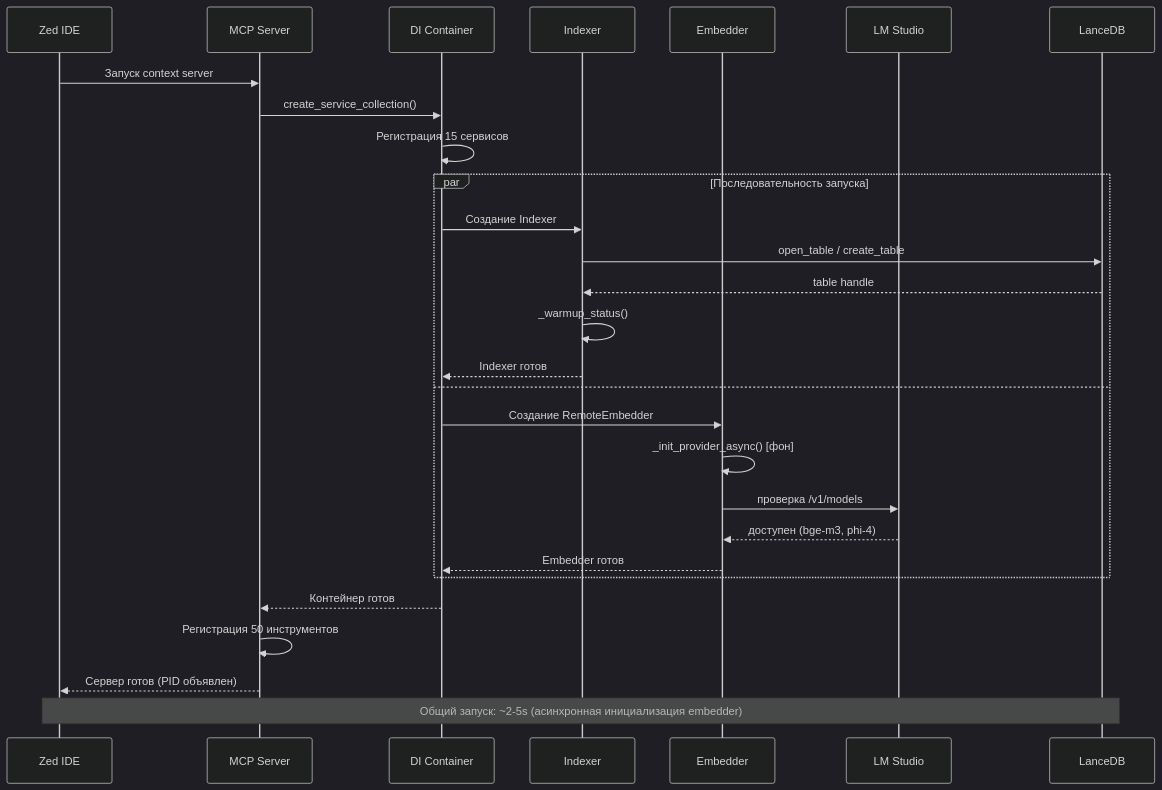
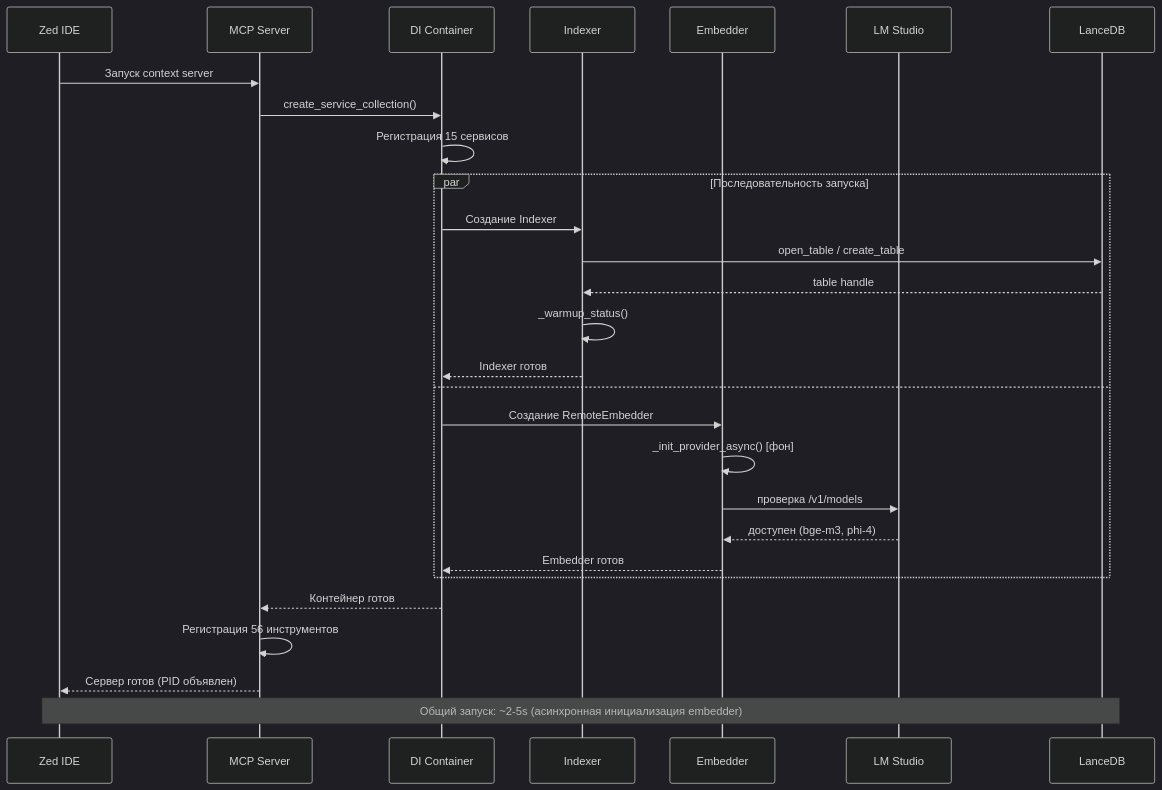
Before and after one commit to ManSio/mscodebase-intelligence: the fifth of 8 diagrams in docs/ru/ARCHITECTURE_DEEP.md, drawn with Mermaid (dark theme). The commit also changed 12 other files, not shown here.

````diff
--- a/docs/ru/ARCHITECTURE_DEEP.md
+++ b/docs/ru/ARCHITECTURE_DEEP.md
@@ -165,34 +165,34 @@
 ```mermaid
 sequenceDiagram
     participant Zed as Zed IDE
     participant MCP as MCP Server
     participant DI as DI Container
     participant IX as Indexer
     participant EM as Embedder
     participant LM as LM Studio
     participant DB as LanceDB
 
     Zed->>MCP: Запуск context server
     MCP->>DI: create_service_collection()
     DI->>DI: Регистрация 15 сервисов
     
     par Последовательность запуска
         DI->>IX: Создание Indexer
         IX->>DB: open_table / create_table
         DB-->>IX: table handle
         IX->>IX: _warmup_status()
         IX-->>DI: Indexer готов
     and
         DI->>EM: Создание RemoteEmbedder
         EM->>EM: _init_provider_async() [фон]
         EM->>LM: проверка /v1/models
         LM-->>EM: доступен (bge-m3, phi-4)
         EM-->>DI: Embedder готов
     end
     
     DI-->>MCP: Контейнер готов
-    MCP->>MCP: Регистрация 50 инструментов
+    MCP->>MCP: Регистрация 56 инструментов
     MCP-->>Zed: Сервер готов (PID объявлен)
     
     Note over Zed,DB: Общий запуск: ~2-5s (асинхронная инициализация embedder)
 ```
````
